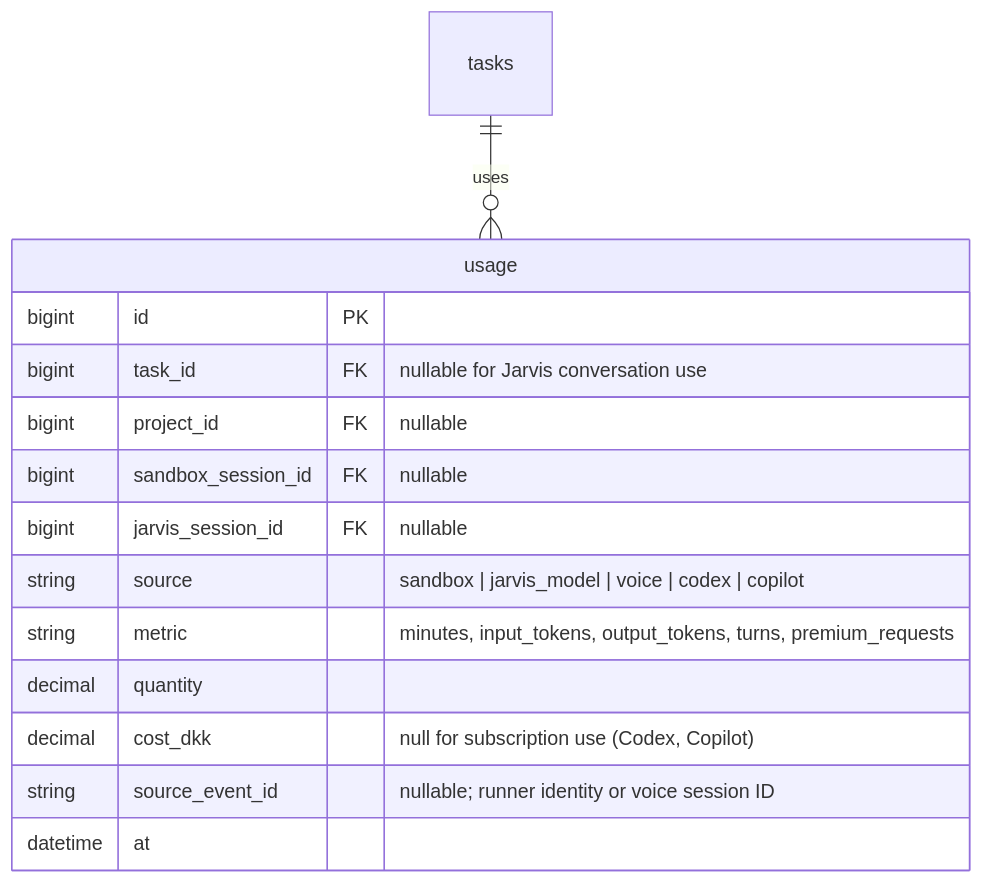
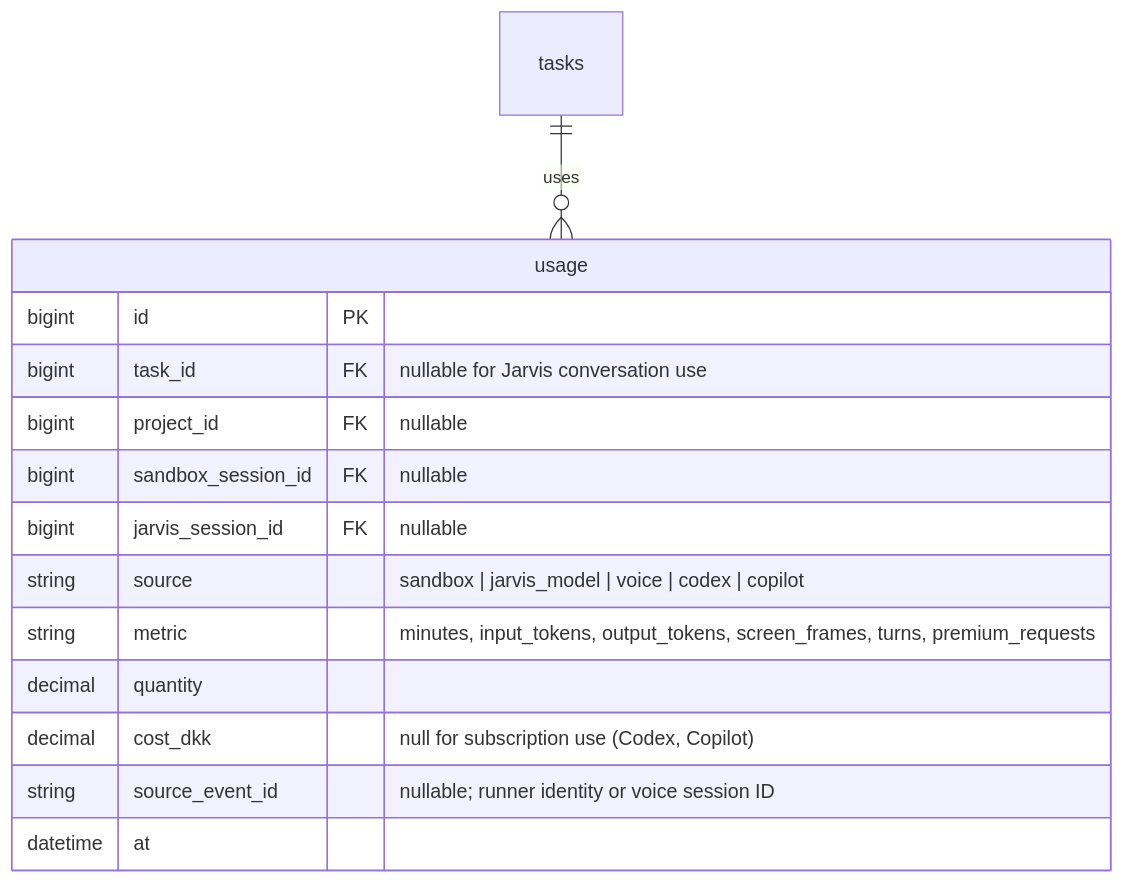
The eighth of 9 diagrams in docs/data-model.md (DanAakesen/jarvis), drawn with Mermaid before and after one commit. The commit also changed other lines of this file and 45 other files, not shown here.

````diff
--- a/docs/data-model.md
+++ b/docs/data-model.md
@@ -440,17 +440,17 @@
 ```mermaid
 erDiagram
     tasks ||--o{ usage : "uses"
     usage {
         bigint id PK
         bigint task_id FK "nullable for Jarvis conversation use"
         bigint project_id FK "nullable"
         bigint sandbox_session_id FK "nullable"
         bigint jarvis_session_id FK "nullable"
         string source "sandbox | jarvis_model | voice | codex | copilot"
-        string metric "minutes, input_tokens, output_tokens, turns, premium_requests"
+        string metric "minutes, input_tokens, output_tokens, screen_frames, turns, premium_requests"
         decimal quantity
         decimal cost_dkk "null for subscription use (Codex, Copilot)"
         string source_event_id "nullable; runner identity or voice session ID"
         datetime at
     }
 ```
````
